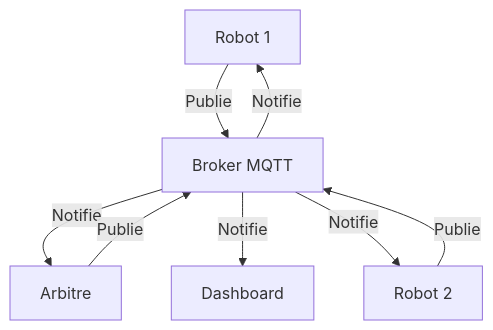
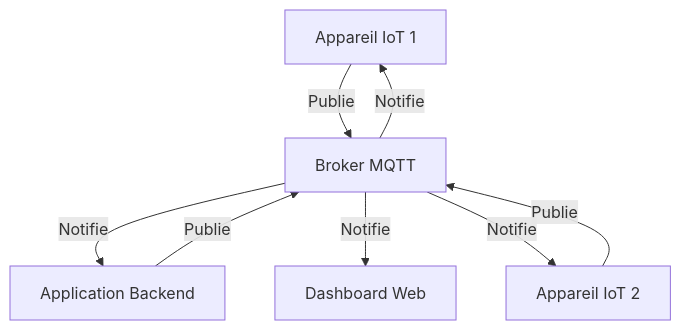
One commit to Licence-SNDOC-Projets/hackathon-2025-26 changed the diagram in Docs/mqtt.md. Above: the diagram before and after it, drawn with Mermaid. The commit also changed other lines of this file and 15 other files, not shown here.

````diff
--- a/Docs/mqtt.md
+++ b/Docs/mqtt.md
@@ -19,10 +19,10 @@
 ```mermaid
 graph TD
-    A[Robot 1] -->|Publie| B[Broker MQTT]
-    C[Robot 2] -->|Publie| B
-    B -->|Notifie| D[Arbitre]
-    B -->|Notifie| E[Dashboard]
+    A[Appareil IoT 1] -->|Publie| B[Broker MQTT]
+    C[Appareil IoT 2] -->|Publie| B
+    B -->|Notifie| D[Application Backend]
+    B -->|Notifie| E[Dashboard Web]
     D -->|Publie| B
     B -->|Notifie| A
     B -->|Notifie| C
 ```
````
